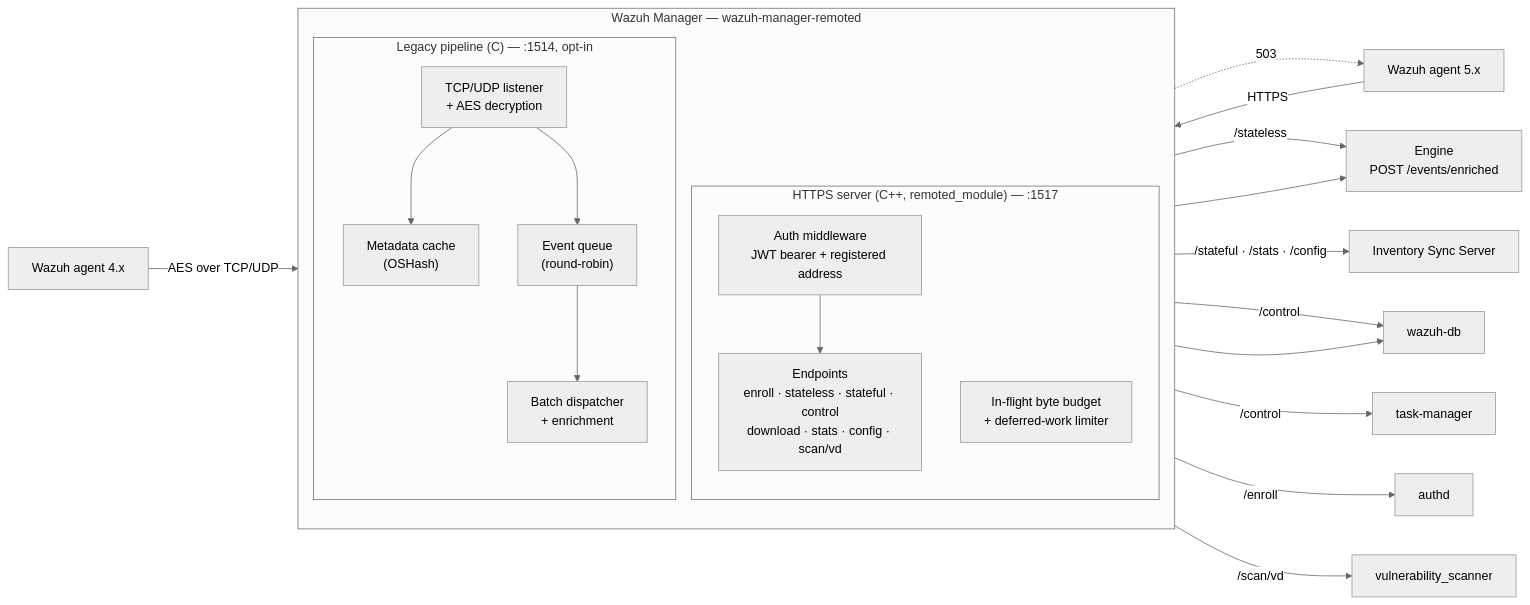
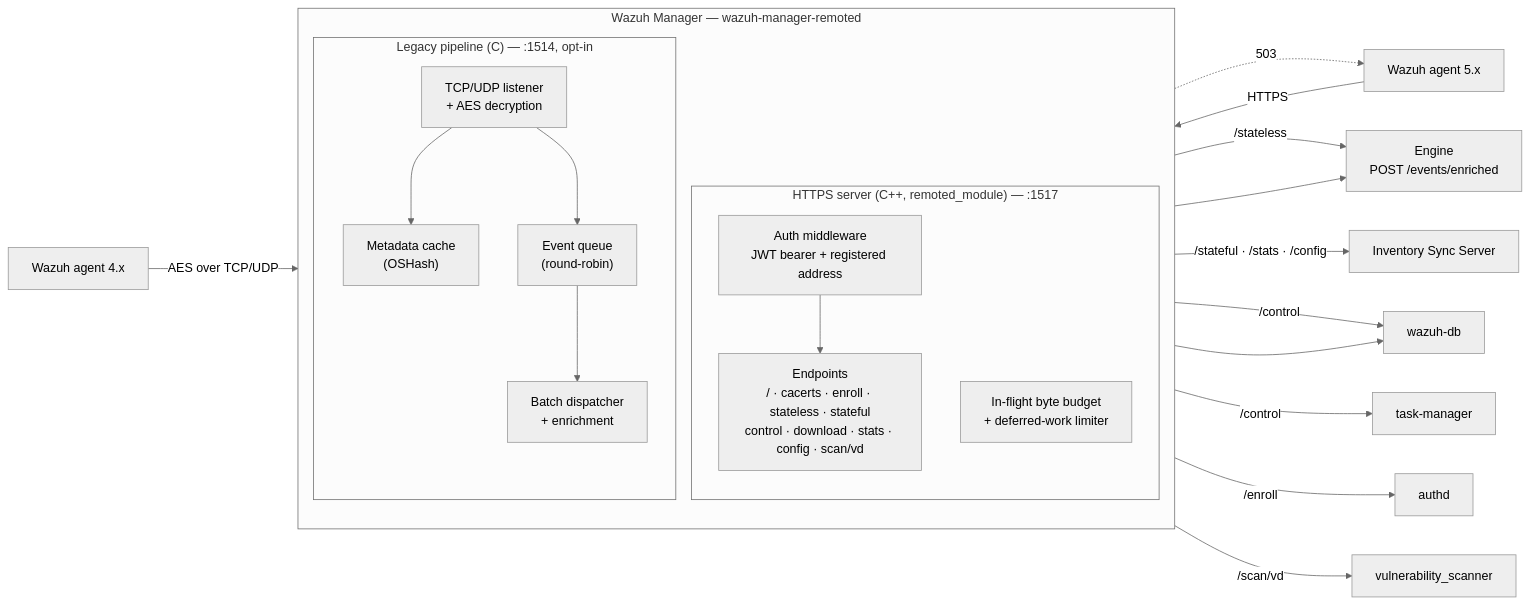
Before and after one commit to wazuh/wazuh: the diagram in docs/ref/modules/remoted/architecture.md, drawn with Mermaid (neutral theme). The commit also changed other lines of this file and 2 other files, not shown here.

````diff
--- a/docs/ref/modules/remoted/architecture.md
+++ b/docs/ref/modules/remoted/architecture.md
@@ -28,42 +28,42 @@
 ```mermaid
 flowchart LR
     A5["Wazuh agent 5.x"]
     A4["Wazuh agent 4.x"]
 
     subgraph MGR["Wazuh Manager — wazuh-manager-remoted"]
         direction TB
         subgraph HTTPS["HTTPS server (C++, remoted_module) — :1517"]
             AUTH["Auth middleware<br/>JWT bearer + registered address"]
-            EP["Endpoints<br/>enroll · stateless · stateful · control<br/>download · stats · config · scan/vd"]
+            EP["Endpoints<br/>/ · cacerts · enroll · stateless · stateful<br/>control · download · stats · config · scan/vd"]
             BUD["In-flight byte budget<br/>+ deferred-work limiter"]
         end
         subgraph LEG["Legacy pipeline (C) — :1514, opt-in"]
             LIS["TCP/UDP listener<br/>+ AES decryption"]
             META["Metadata cache<br/>(OSHash)"]
             EQ["Event queue<br/>(round-robin)"]
             DISP["Batch dispatcher<br/>+ enrichment"]
         end
     end
 
     ENG["Engine<br/>POST /events/enriched"]
     SYNC["Inventory Sync Server"]
     WDB["wazuh-db"]
     AUTHD["authd"]
     TASK["task-manager"]
     VD["vulnerability_scanner"]
 
     A5 -->|HTTPS| AUTH --> EP
     BUD -.->|503| A5
     A4 -->|"AES over TCP/UDP"| LIS
     LIS --> META
     LIS --> EQ --> DISP
 
     EP -->|"/stateless"| ENG
     EP -->|"/stateful · /stats · /config"| SYNC
     EP -->|"/control"| WDB
     EP -->|"/control"| TASK
     EP -->|"/enroll"| AUTHD
     EP -->|"/scan/vd"| VD
     DISP --> ENG
     META --> WDB
 ```
````
